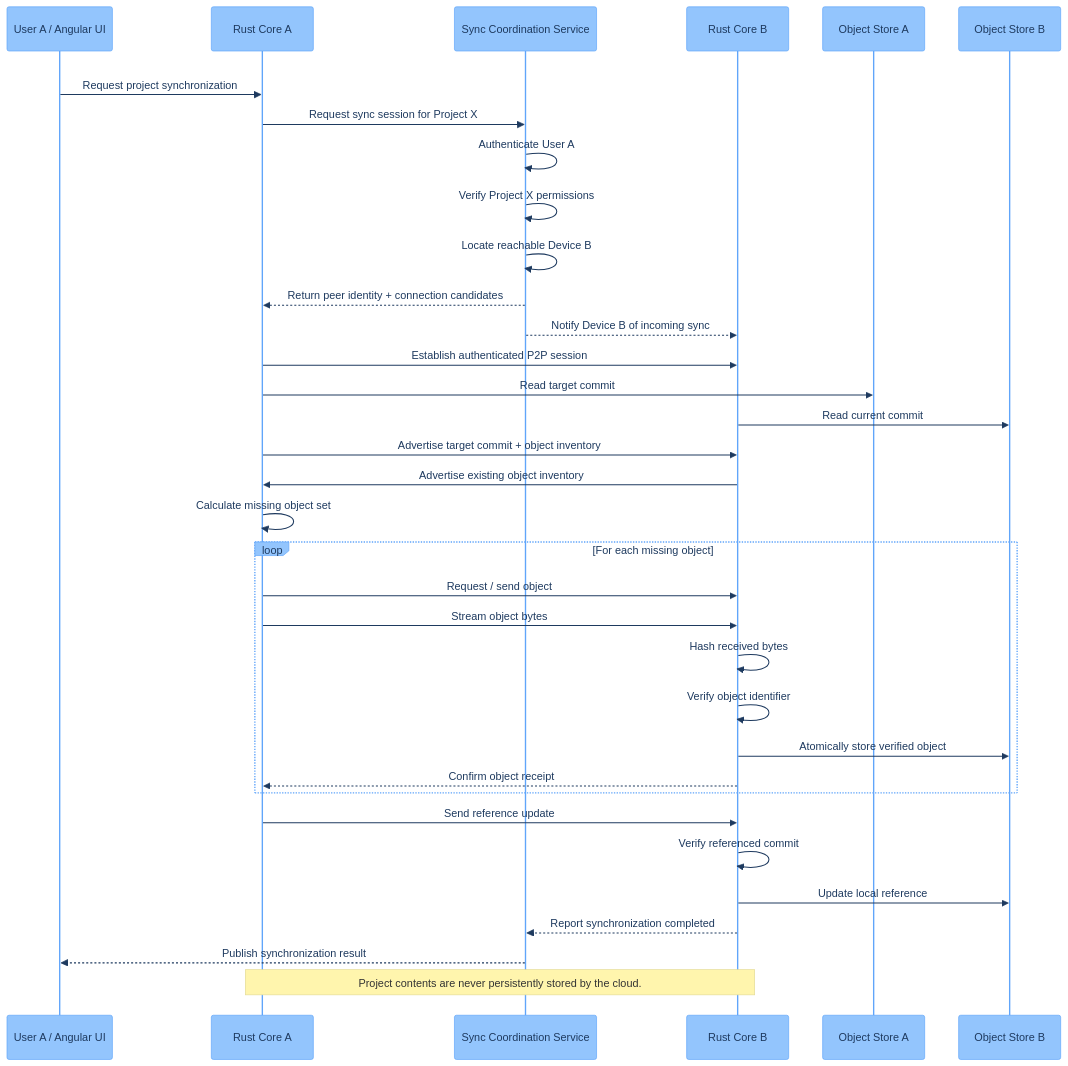
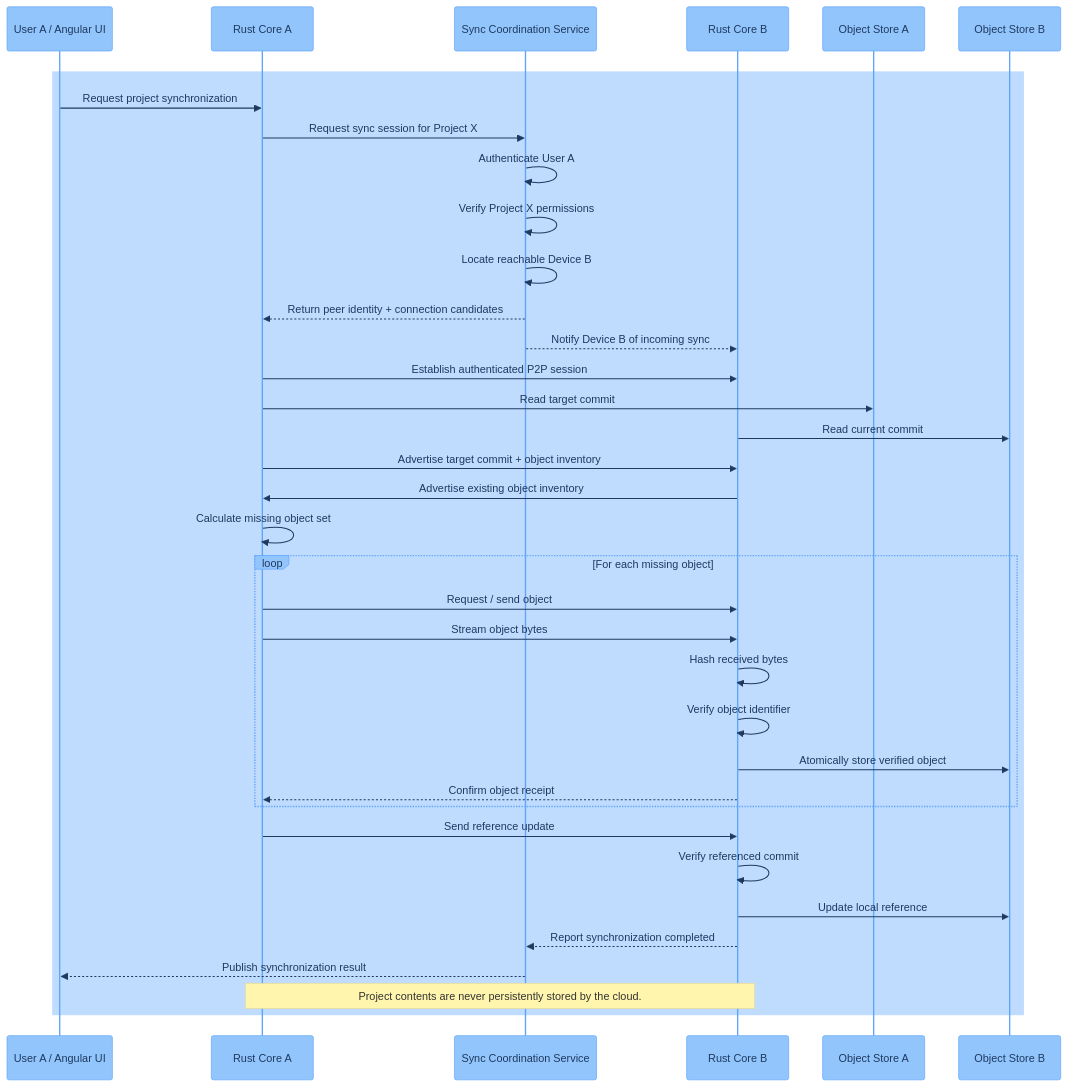
One commit to RandreasKristensen/gitformusic changed the diagram in gitformusic/docs/diagrams/04-p2p-sync.mmd. Above: the diagram before and after it, drawn with Mermaid. The commit also changed 8 other files, not shown here.

Commit message:
more diagram styling 2

```diff
--- a/gitformusic/docs/diagrams/04-p2p-sync.mmd
+++ b/gitformusic/docs/diagrams/04-p2p-sync.mmd
@@ -1,53 +1,56 @@
 %%{init: {"theme":"base","themeVariables":{"background":"#ffffff","primaryColor":"#93c5fd","primaryTextColor":"#1e3a5f","primaryBorderColor":"#60a5fa","lineColor":"#5b7c99","secondaryColor":"#93c5fd","tertiaryColor":"#ffffff","clusterBkg":"#bfdbfe","clusterBorder":"#60a5fa","titleColor":"#1e3a5f","fontFamily":" sans-serif"}}}%%
 %% P2P Synchronization — Missing Object Transfer
 sequenceDiagram
+
+    rect rgb(255, 255, 255)
 
     participant UI_A as User A / Angular UI
     participant RA as Rust Core A
     participant CLOUD as Sync Coordination Service
     participant RD as Rust Core B
     participant OS_A as Object Store A
     participant OS_B as Object Store B
 
-    rect rgb(255, 255, 255)
+    rect rgb(191, 219, 254)
 
     UI_A->>RA: Request project synchronization
 
     RA->>CLOUD: Request sync session for Project X
 
     CLOUD->>CLOUD: Authenticate User A
     CLOUD->>CLOUD: Verify Project X permissions
     CLOUD->>CLOUD: Locate reachable Device B
 
     CLOUD-->>RA: Return peer identity + connection candidates
     CLOUD-->>RD: Notify Device B of incoming sync
 
     RA->>RD: Establish authenticated P2P session
 
     RA->>OS_A: Read target commit
     RD->>OS_B: Read current commit
 
     RA->>RD: Advertise target commit + object inventory
     RD->>RA: Advertise existing object inventory
 
     RA->>RA: Calculate missing object set
 
     loop For each missing object
         RA->>RD: Request / send object
         RA->>RD: Stream object bytes
         RD->>RD: Hash received bytes
         RD->>RD: Verify object identifier
         RD->>OS_B: Atomically store verified object
         RD-->>RA: Confirm object receipt
     end
 
     RA->>RD: Send reference update
     RD->>RD: Verify referenced commit
     RD->>OS_B: Update local reference
 
     RD-->>CLOUD: Report synchronization completed
     CLOUD-->>UI_A: Publish synchronization result
 
     Note over RA,RD: Project contents are never persistently stored by the cloud.
 
     end
+    end
```
